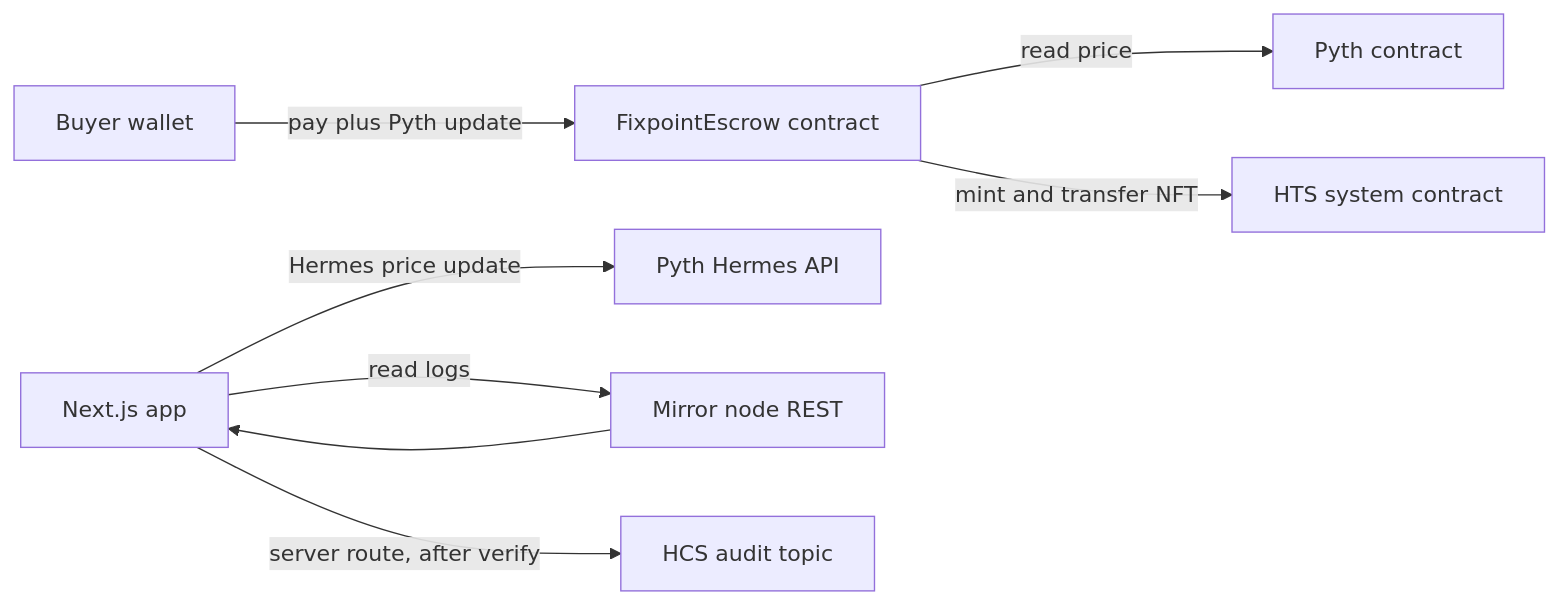
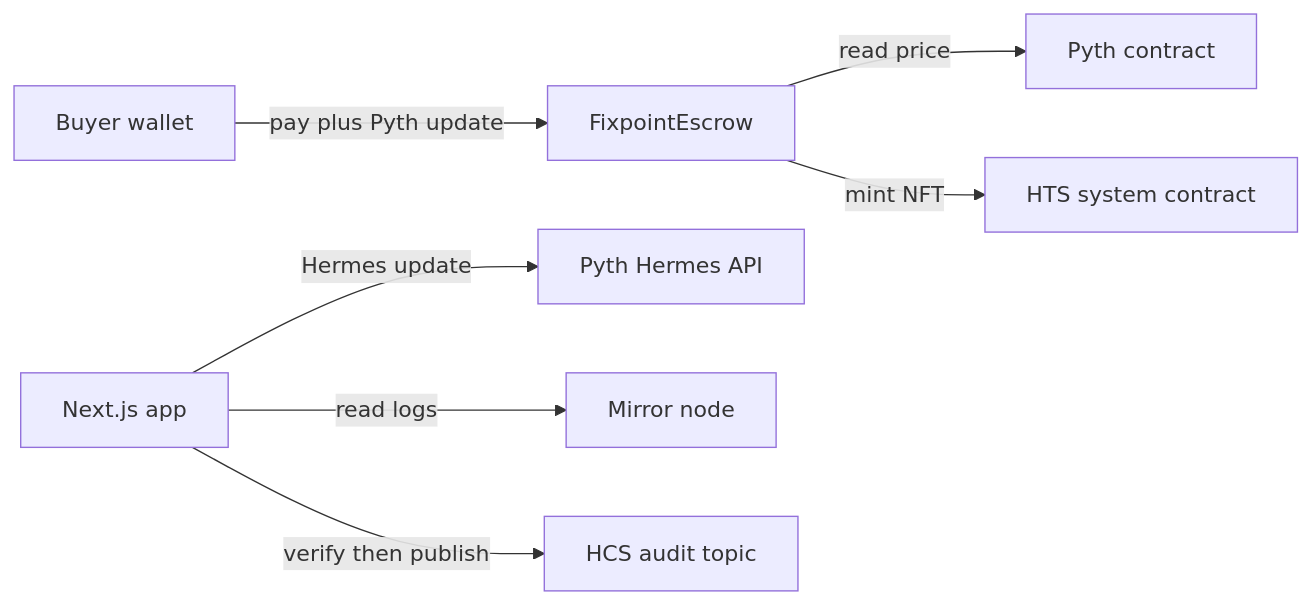
The diagram in README.md (trinnode/fixPoint), drawn with Mermaid before and after one commit. The commit also changed other lines of this file and 18 other files, not shown here.

First line of the commit message:
Real wallet integration plus README front door

````diff
--- a/README.md
+++ b/README.md
@@ -72,10 +74,9 @@
 ```mermaid
 flowchart LR
-  B[Buyer wallet] -->|pay plus Pyth update| C[FixpointEscrow contract]
+  B[Buyer wallet] -->|pay plus Pyth update| C[FixpointEscrow]
   C -->|read price| P[Pyth contract]
-  C -->|mint and transfer NFT| H[HTS system contract]
-  W[Next.js app] -->|Hermes price update| Y[Pyth Hermes API]
-  W -->|read logs| M[Mirror node REST]
-  W -->|server route, after verify| T[HCS audit topic]
-  M --> W
+  C -->|mint NFT| H[HTS system contract]
+  W[Next.js app] -->|Hermes update| Y[Pyth Hermes API]
+  W -->|read logs| M[Mirror node]
+  W -->|verify then publish| T[HCS audit topic]
 ```
````
